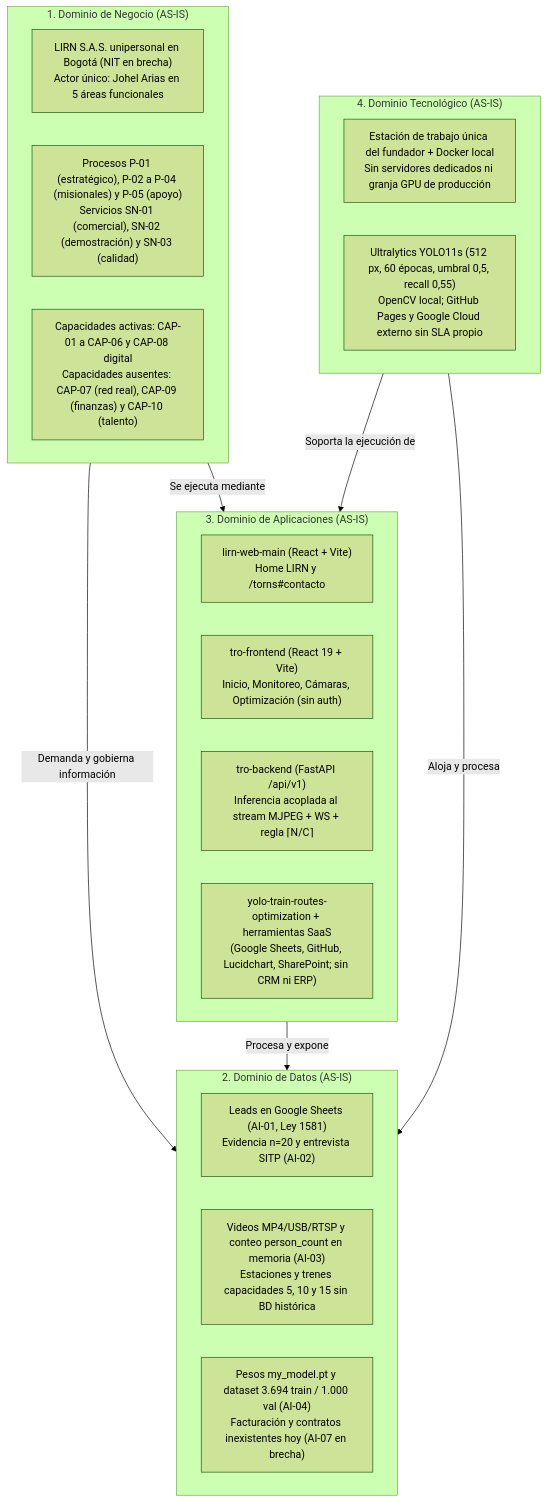
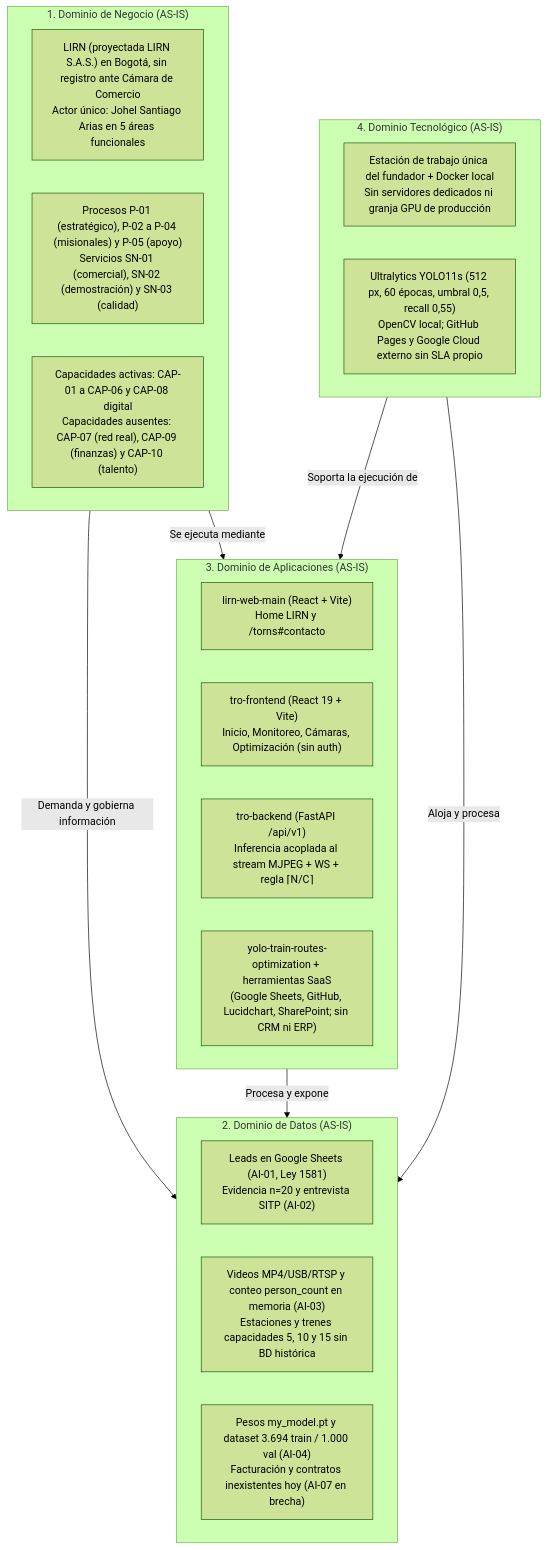
The diagram in docs/ae-final-project/ondas/M1-negocio/complementos/imagenes/mmd/04-1.mmd (5arSanti/tro-launcher), drawn with Mermaid (forest theme) before and after one commit. The commit also changed 43 other files, not shown here.

```diff
--- a/docs/ae-final-project/ondas/M1-negocio/complementos/imagenes/mmd/04-1.mmd
+++ b/docs/ae-final-project/ondas/M1-negocio/complementos/imagenes/mmd/04-1.mmd
@@ -1,30 +1,30 @@
 flowchart TB
     subgraph DOM_NEG["1. Dominio de Negocio (AS-IS)"]
-        N_ORG["LIRN S.A.S. unipersonal en Bogotá (NIT en brecha)<br/>Actor único: Johel Arias en 5 áreas funcionales"]
+        N_ORG["LIRN (proyectada LIRN S.A.S.) en Bogotá, sin registro ante Cámara de Comercio<br/>Actor único: Johel Santiago Arias en 5 áreas funcionales"]
         N_PRO["Procesos P-01 (estratégico), P-02 a P-04 (misionales) y P-05 (apoyo)<br/>Servicios SN-01 (comercial), SN-02 (demostración) y SN-03 (calidad)"]
         N_CAP["Capacidades activas: CAP-01 a CAP-06 y CAP-08 digital<br/>Capacidades ausentes: CAP-07 (red real), CAP-09 (finanzas) y CAP-10 (talento)"]
     end
 
     subgraph DOM_DAT["2. Dominio de Datos (AS-IS)"]
         D_COM["Leads en Google Sheets (AI-01, Ley 1581)<br/>Evidencia n=20 y entrevista SITP (AI-02)"]
         D_OPE["Videos MP4/USB/RTSP y conteo person_count en memoria (AI-03)<br/>Estaciones y trenes capacidades 5, 10 y 15 sin BD histórica"]
         D_MOD["Pesos my_model.pt y dataset 3.694 train / 1.000 val (AI-04)<br/>Facturación y contratos inexistentes hoy (AI-07 en brecha)"]
     end
 
     subgraph DOM_APP["3. Dominio de Aplicaciones (AS-IS)"]
         A_WEB["lirn-web-main (React + Vite)<br/>Home LIRN y /torns#contacto"]
         A_FE["tro-frontend (React 19 + Vite)<br/>Inicio, Monitoreo, Cámaras, Optimización (sin auth)"]
         A_BE["tro-backend (FastAPI /api/v1)<br/>Inferencia acoplada al stream MJPEG + WS + regla ⌈N/C⌉"]
         A_TRN["yolo-train-routes-optimization + herramientas SaaS<br/>(Google Sheets, GitHub, Lucidchart, SharePoint; sin CRM ni ERP)"]
     end
 
     subgraph DOM_TEC["4. Dominio Tecnológico (AS-IS)"]
         T_LOC["Estación de trabajo única del fundador + Docker local<br/>Sin servidores dedicados ni granja GPU de producción"]
         T_MOD["Ultralytics YOLO11s (512 px, 60 épocas, umbral 0,5, recall 0,55)<br/>OpenCV local; GitHub Pages y Google Cloud externo sin SLA propio"]
     end
 
     DOM_NEG -->|"Demanda y gobierna información"| DOM_DAT
     DOM_NEG -->|"Se ejecuta mediante"| DOM_APP
     DOM_APP -->|"Procesa y expone"| DOM_DAT
     DOM_TEC -->|"Soporta la ejecución de"| DOM_APP
     DOM_TEC -->|"Aloja y procesa"| DOM_DAT
```
